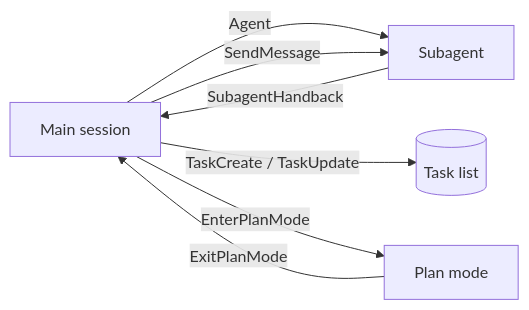
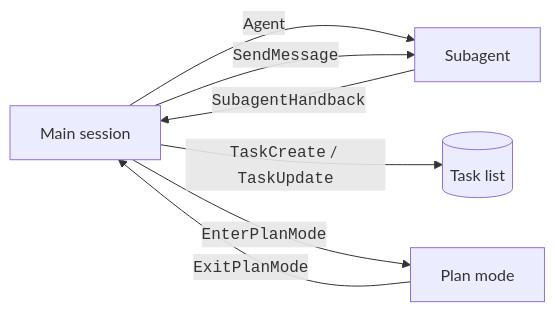
One commit to xsyetopz/claude-code-docs changed the diagram in docs/reference/tools/agents-and-tasks.md. Above: the diagram before and after it, drawn with Mermaid. The commit also changed other lines of this file and 164 other files, not shown here.

First line of the commit message:
docs: linked citations, yes/no markers, file trees, code in diagrams

````diff
--- a/docs/reference/tools/agents-and-tasks.md
+++ b/docs/reference/tools/agents-and-tasks.md
@@ -86,9 +86,9 @@
 ```mermaid
 flowchart LR
   M[Main session] -->|Agent| S[Subagent]
-  S -->|SubagentHandback| M
-  M -->|SendMessage| S
-  M -->|TaskCreate / TaskUpdate| T[(Task list)]
-  M -->|EnterPlanMode| P[Plan mode]
-  P -->|ExitPlanMode| M
+  S -->|"<code>SubagentHandback</code>"| M
+  M -->|"<code>SendMessage</code>"| S
+  M -->|"<code>TaskCreate</code> / <code>TaskUpdate</code>"| T[(Task list)]
+  M -->|"<code>EnterPlanMode</code>"| P[Plan mode]
+  P -->|"<code>ExitPlanMode</code>"| M
 ```
````
